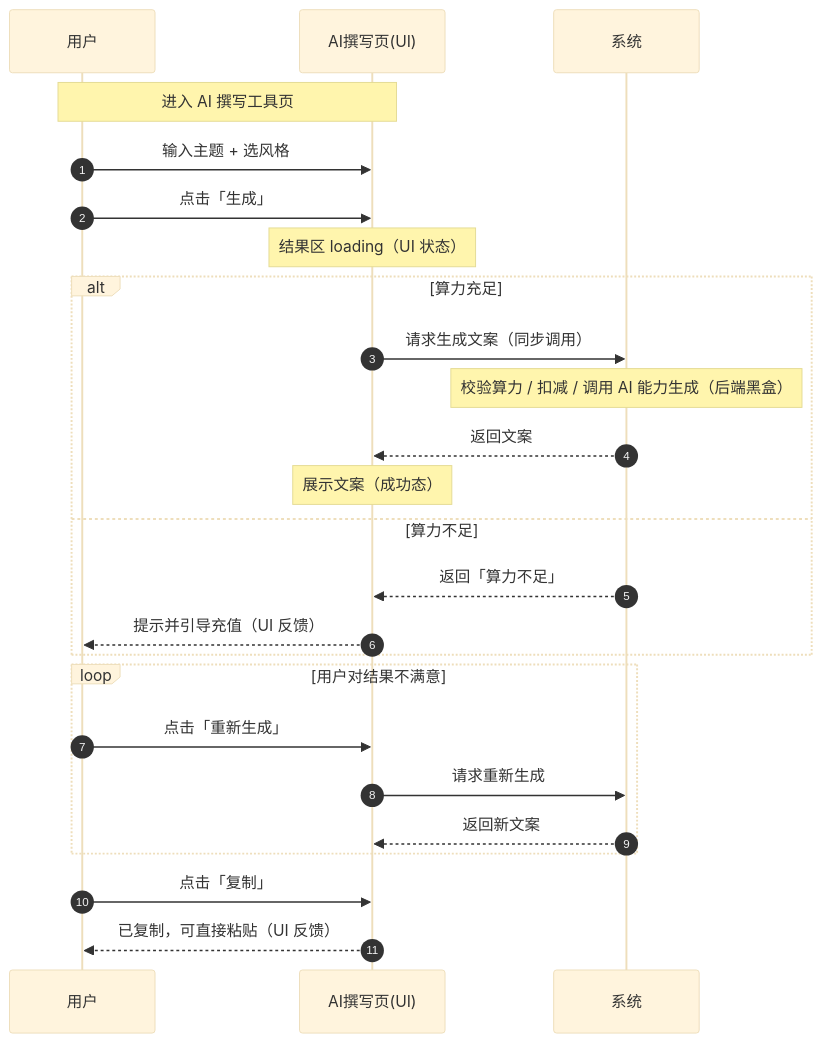
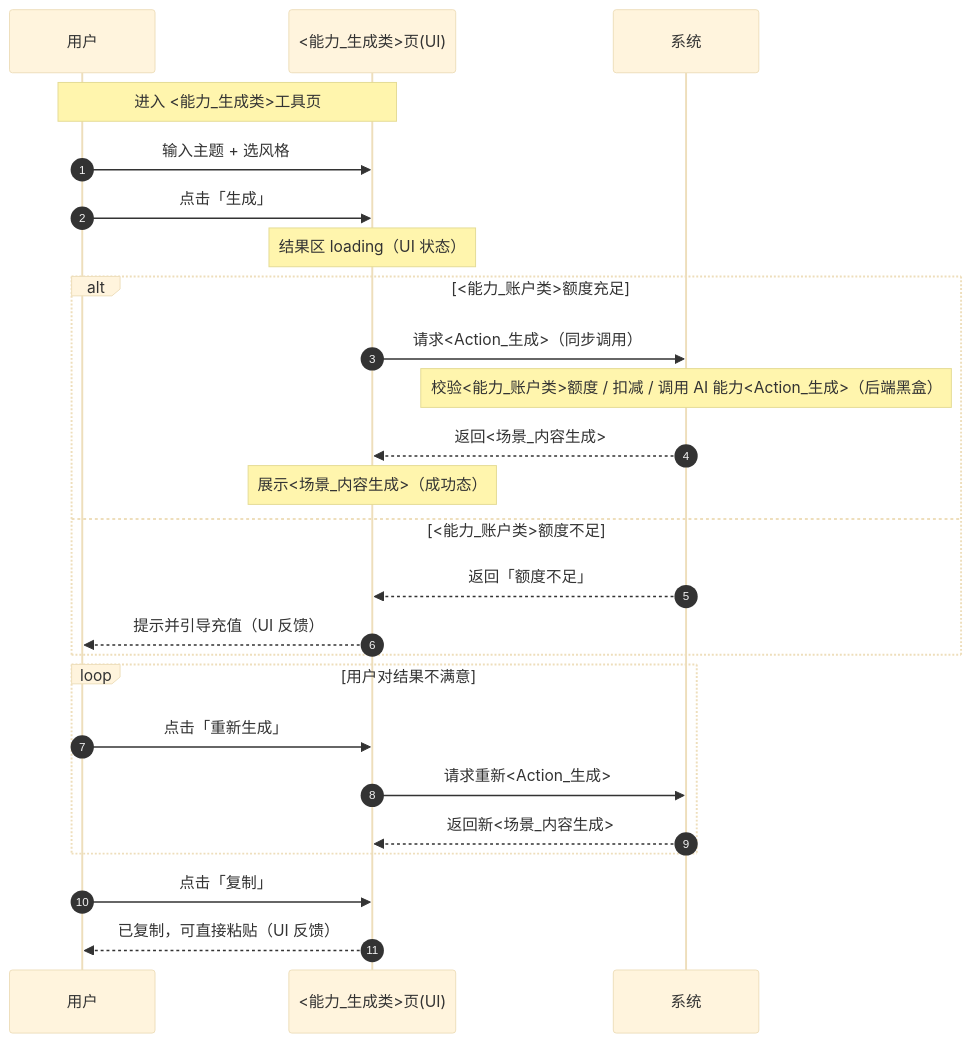
One commit to syllr/skills changed the third of 3 diagrams in skills/doc-arch-rules/references/templates/L1/USER-STORY.template.md. Above: the diagram before and after it, drawn with Mermaid (base theme). The commit also changed other lines of this file and 11 other files, not shown here.

````diff
--- a/skills/doc-arch-rules/references/templates/L1/USER-STORY.template.md
+++ b/skills/doc-arch-rules/references/templates/L1/USER-STORY.template.md
@@ -295,32 +296,32 @@
 ```mermaid
 sequenceDiagram
     autonumber
     participant 用户
-    participant 撰写页 as AI撰写页(UI)
+    participant 生成页 as <能力_生成类>页(UI)
     participant 系统
 
-    note over 用户,撰写页: 进入 AI 撰写工具页
-    用户->>撰写页: 输入主题 + 选风格
-    用户->>撰写页: 点击「生成」
+    note over 用户,生成页: 进入 <能力_生成类>工具页
+    用户->>生成页: 输入主题 + 选风格
+    用户->>生成页: 点击「生成」
 
-    note over 撰写页: 结果区 loading（UI 状态）
+    note over 生成页: 结果区 loading（UI 状态）
 
-    alt 算力充足
-        撰写页->>系统: 请求生成文案（同步调用）
-        note over 系统: 校验算力 / 扣减 / 调用 AI 能力生成（后端黑盒）
-        系统-->>撰写页: 返回文案
-        note over 撰写页: 展示文案（成功态）
-    else 算力不足
-        系统-->>撰写页: 返回「算力不足」
-        撰写页-->>用户: 提示并引导充值（UI 反馈）
+    alt <能力_账户类>额度充足
+        生成页->>系统: 请求<Action_生成>（同步调用）
+        note over 系统: 校验<能力_账户类>额度 / 扣减 / 调用 AI 能力<Action_生成>（后端黑盒）
+        系统-->>生成页: 返回<场景_内容生成>
+        note over 生成页: 展示<场景_内容生成>（成功态）
+    else <能力_账户类>额度不足
+        系统-->>生成页: 返回「额度不足」
+        生成页-->>用户: 提示并引导充值（UI 反馈）
     end
 
     loop 用户对结果不满意
-        用户->>撰写页: 点击「重新生成」
-        撰写页->>系统: 请求重新生成
-        系统-->>撰写页: 返回新文案
+        用户->>生成页: 点击「重新生成」
+        生成页->>系统: 请求重新<Action_生成>
+        系统-->>生成页: 返回新<场景_内容生成>
     end
 
-    用户->>撰写页: 点击「复制」
-    撰写页-->>用户: 已复制，可直接粘贴（UI 反馈）
+    用户->>生成页: 点击「复制」
+    生成页-->>用户: 已复制，可直接粘贴（UI 反馈）
 ```
````
